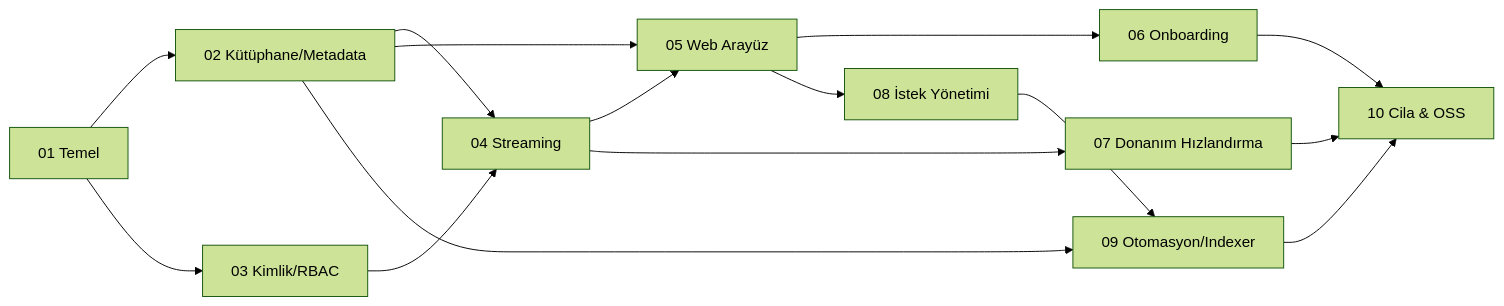
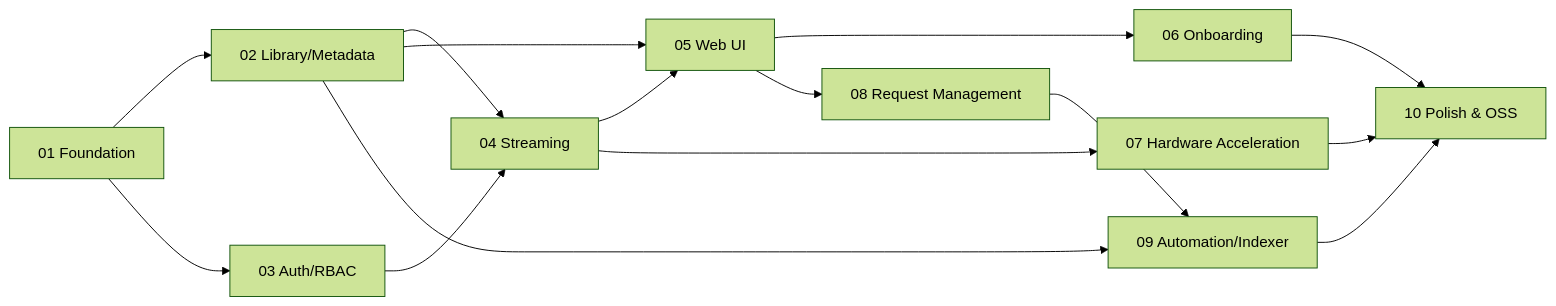
Before and after one commit to somralab/somra-media: the diagram in plan/roadmap.md, drawn with Mermaid (forest theme). The commit also changed other lines of this file and 56 other files, not shown here.

````diff
--- a/plan/roadmap.md
+++ b/plan/roadmap.md
@@ -27,17 +27,17 @@
 ```mermaid
 flowchart LR
-  S01[01 Temel] --> S02[02 Kütüphane/Metadata]
-  S01 --> S03[03 Kimlik/RBAC]
+  S01[01 Foundation] --> S02[02 Library/Metadata]
+  S01 --> S03[03 Auth/RBAC]
   S02 --> S04[04 Streaming]
   S03 --> S04
-  S02 --> S05[05 Web Arayüz]
+  S02 --> S05[05 Web UI]
   S04 --> S05
   S05 --> S06[06 Onboarding]
-  S04 --> S07[07 Donanım Hızlandırma]
-  S05 --> S08[08 İstek Yönetimi]
-  S02 --> S09[09 Otomasyon/Indexer]
+  S04 --> S07[07 Hardware Acceleration]
+  S05 --> S08[08 Request Management]
+  S02 --> S09[09 Automation/Indexer]
   S08 --> S09
-  S06 --> S10[10 Cila & OSS]
+  S06 --> S10[10 Polish & OSS]
   S07 --> S10
   S09 --> S10
 ```
````
